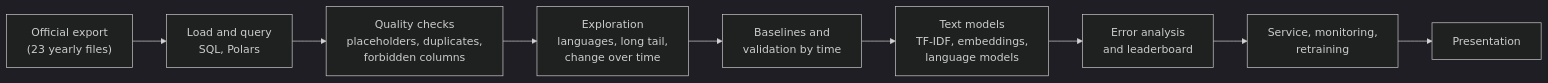
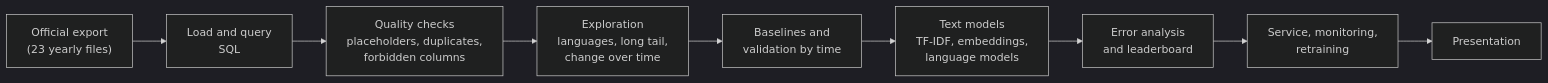
The fifth of 5 diagrams in proposal/CURRICULUM.md (khoadaniel/statistical-programming-mpmd-htw-ws-2026), drawn with Mermaid (dark theme) before and after one commit. The commit also changed other lines of this file and 729 other files, not shown here.

````diff
--- a/proposal/CURRICULUM.md
+++ b/proposal/CURRICULUM.md
@@ -982,11 +959,11 @@
 ```mermaid
 flowchart LR
-  A["Official export<br/>(23 yearly files)"] --> B["Load and query<br/>SQL, Polars"]
+  A["Official export<br/>(23 yearly files)"] --> B["Load and query<br/>SQL"]
   B --> C["Quality checks<br/>placeholders, duplicates,<br/>forbidden columns"]
   C --> D["Exploration<br/>languages, long tail,<br/>change over time"]
   D --> E["Baselines and<br/>validation by time"]
   E --> F["Text models<br/>TF-IDF, embeddings,<br/>language models"]
   F --> G["Error analysis<br/>and leaderboard"]
   G --> H["Service, monitoring,<br/>retraining"]
   H --> I["Presentation"]
 ```
````
